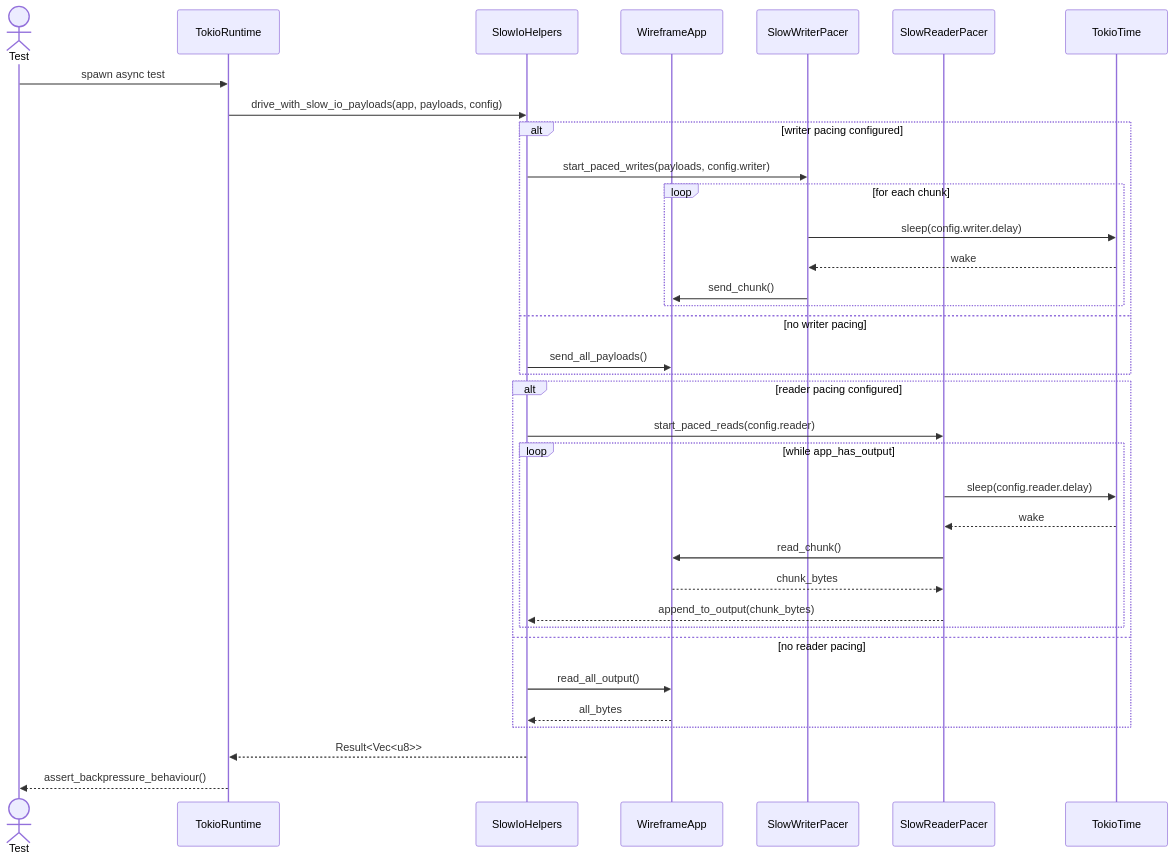
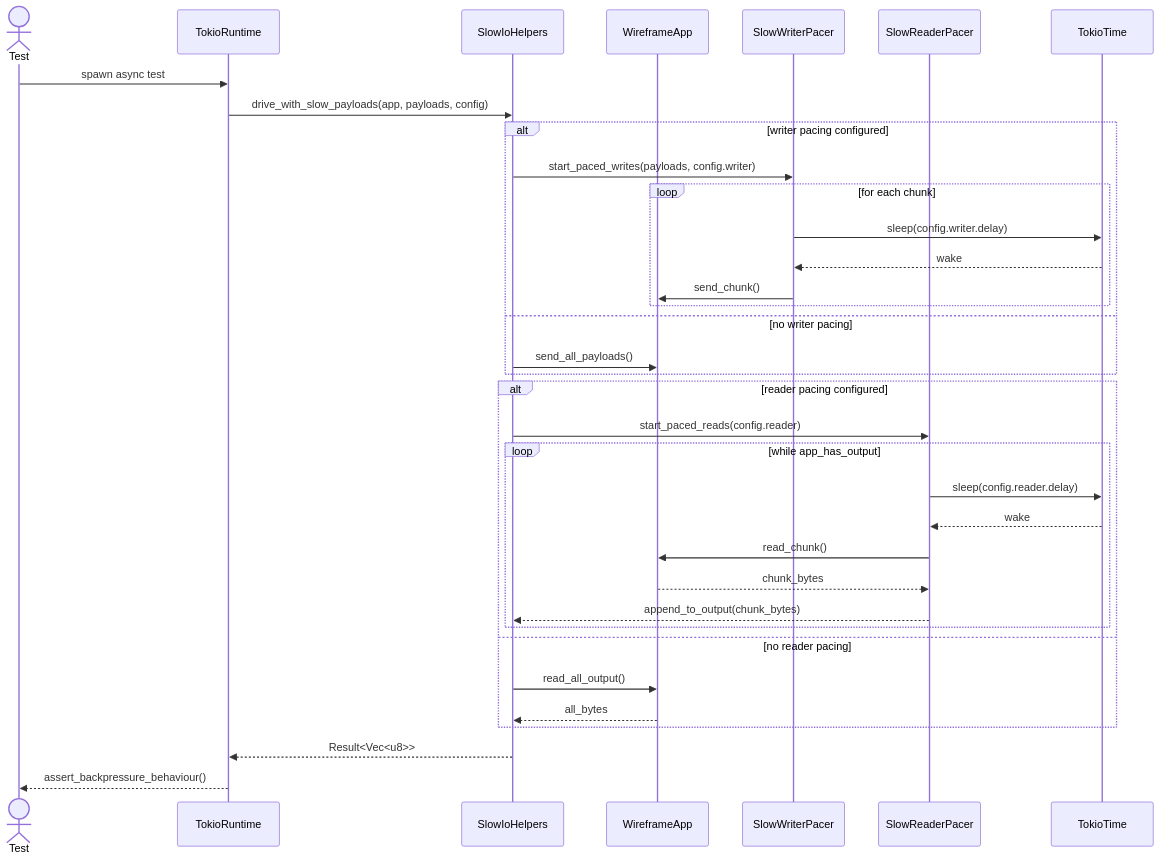
Before and after one commit to leynos/wireframe: the diagram in docs/wireframe-testing-crate.md, drawn with Mermaid. The commit also changed 4 other files, not shown here.

````diff
--- a/docs/wireframe-testing-crate.md
+++ b/docs/wireframe-testing-crate.md
@@ -180,41 +180,41 @@
 ```mermaid
 sequenceDiagram
     actor Test as Test
     participant Runtime as TokioRuntime
     participant Helper as SlowIoHelpers
     participant App as WireframeApp
     participant Writer as SlowWriterPacer
     participant Reader as SlowReaderPacer
     participant Time as TokioTime
 
     Test->>Runtime: spawn async test
-    Runtime->>Helper: drive_with_slow_io_payloads(app, payloads, config)
+    Runtime->>Helper: drive_with_slow_payloads(app, payloads, config)
 
     alt writer pacing configured
         Helper->>Writer: start_paced_writes(payloads, config.writer)
         loop for each chunk
             Writer->>Time: sleep(config.writer.delay)
             Time-->>Writer: wake
             Writer->>App: send_chunk()
         end
     else no writer pacing
         Helper->>App: send_all_payloads()
     end
 
     alt reader pacing configured
         Helper->>Reader: start_paced_reads(config.reader)
         loop while app_has_output
             Reader->>Time: sleep(config.reader.delay)
             Time-->>Reader: wake
             Reader->>App: read_chunk()
             App-->>Reader: chunk_bytes
             Reader-->>Helper: append_to_output(chunk_bytes)
         end
     else no reader pacing
         Helper->>App: read_all_output()
         App-->>Helper: all_bytes
     end
 
     Helper-->>Runtime: Result<Vec<u8>>
     Runtime-->>Test: assert_backpressure_behaviour()
 ```
````
